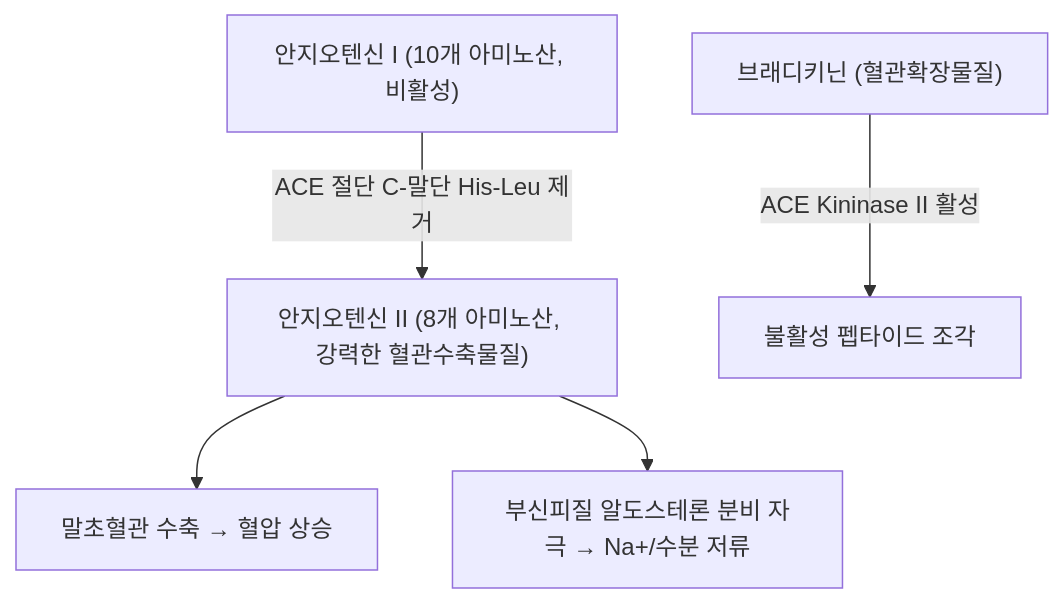
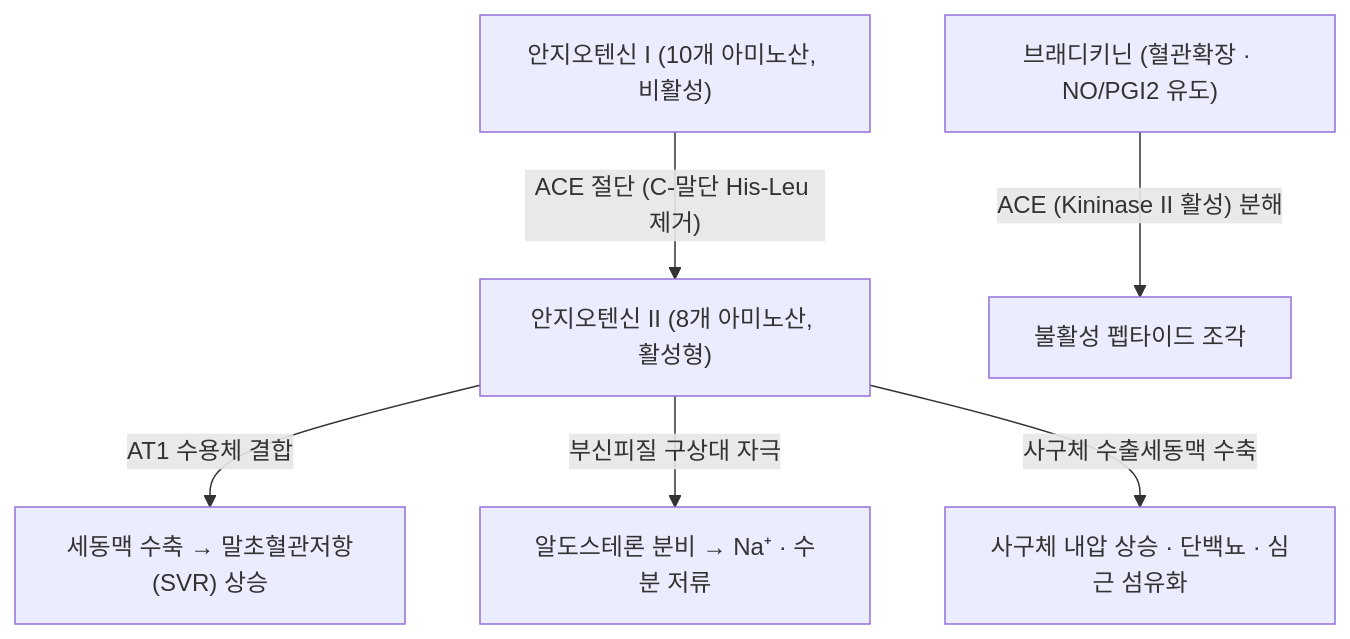
Before and after one commit to simbio11/simbio-digital-garden2: the diagram in content/3. 이론 공부/의학개념/분자·세포 기전/02_효소·대사경로/ACE.md, drawn with Mermaid. The commit also changed other lines of this file and 424 other files, not shown here.

````diff
--- a/content/3. 이론 공부/의학개념/분자·세포 기전/02_효소·대사경로/ACE.md
+++ b/content/3. 이론 공부/의학개념/분자·세포 기전/02_효소·대사경로/ACE.md
@@ -58,7 +61,8 @@
 ```mermaid
 graph TD
-    AngI["안지오텐신 I (10개 아미노산, 비활성)"] -->|ACE 절단 C-말단 His-Leu 제거| AngII["안지오텐신 II (8개 아미노산, 강력한 혈관수축물질)"]
-    BK["브래디키닌 (혈관확장물질)"] -->|ACE Kininase II 활성| BKinactive["불활성 펩타이드 조각"]
-    AngII --> Effect1["말초혈관 수축 → 혈압 상승"]
-    AngII --> Effect2["부신피질 알도스테론 분비 자극 → Na+/수분 저류"]
+    AngI["안지오텐신 I (10개 아미노산, 비활성)"] -->|"ACE 절단 (C-말단 His-Leu 제거)"| AngII["안지오텐신 II (8개 아미노산, 활성형)"]
+    BK["브래디키닌 (혈관확장 · NO/PGI2 유도)"] -->|"ACE (Kininase II 활성) 분해"| BKinactive["불활성 펩타이드 조각"]
+    AngII -->|"AT1 수용체 결합"| Effect1["세동맥 수축 → 말초혈관저항(SVR) 상승"]
+    AngII -->|"부신피질 구상대 자극"| Effect2["알도스테론 분비 → Na⁺ · 수분 저류"]
+    AngII -->|"사구체 수출세동맥 수축"| Effect3["사구체 내압 상승 · 단백뇨 · 심근 섬유화"]
 ```
````
